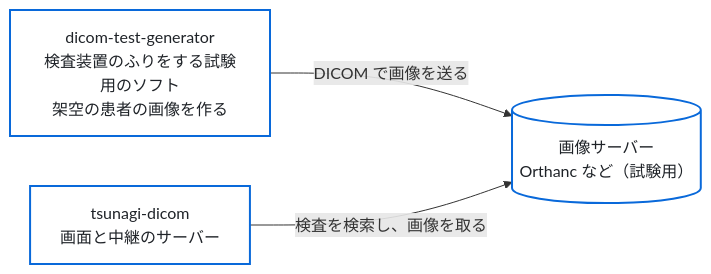
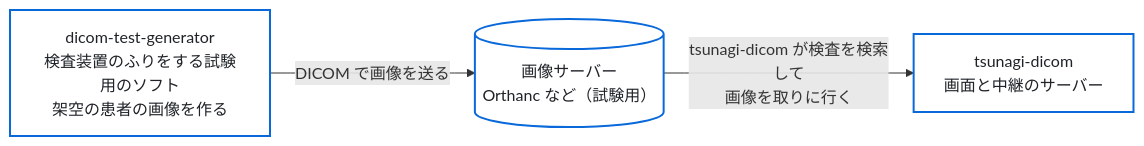
The second of 2 diagrams in README.md (jeysunit/dicom-test-generator), drawn with Mermaid before and after one commit. The commit also changed other lines of this file, not shown here.

Commit message:
docs(readme): 図2の tsunagi-dicom の矢印を画像の流れる向きにそろえる
画像サーバーから tsunagi-dicom へ画像が流れるので、矢印を PACS → tsunagi-dicom にし、検索して取りに行くのは tsunagi-dicom の側だとラベルで補う。

````diff
--- a/README.md
+++ b/README.md
@@ -82,11 +82,11 @@
 ```mermaid
 flowchart LR
   classDef box fill:#ffffff,stroke:#0969da,stroke-width:2px,color:#1f2328
 
   DTG["dicom-test-generator<br/>検査装置のふりをする試験用のソフト<br/>架空の患者の画像を作る"]:::box
   PACS[("画像サーバー<br/>Orthanc など（試験用）")]:::box
   TD["tsunagi-dicom<br/>画面と中継のサーバー"]:::box
 
   DTG -->|"DICOM で画像を送る"| PACS
-  TD -->|"検査を検索し、画像を取る"| PACS
+  PACS -->|"tsunagi-dicom が検査を検索して<br/>画像を取りに行く"| TD
 ```
````
